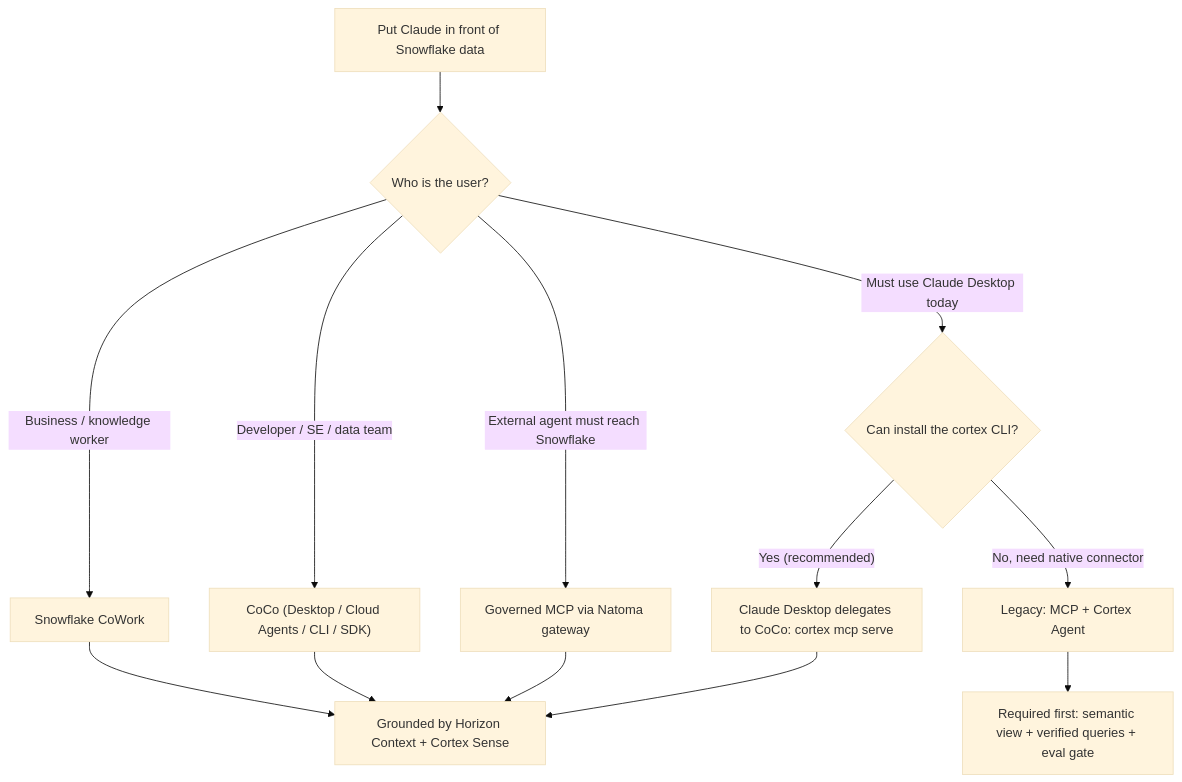
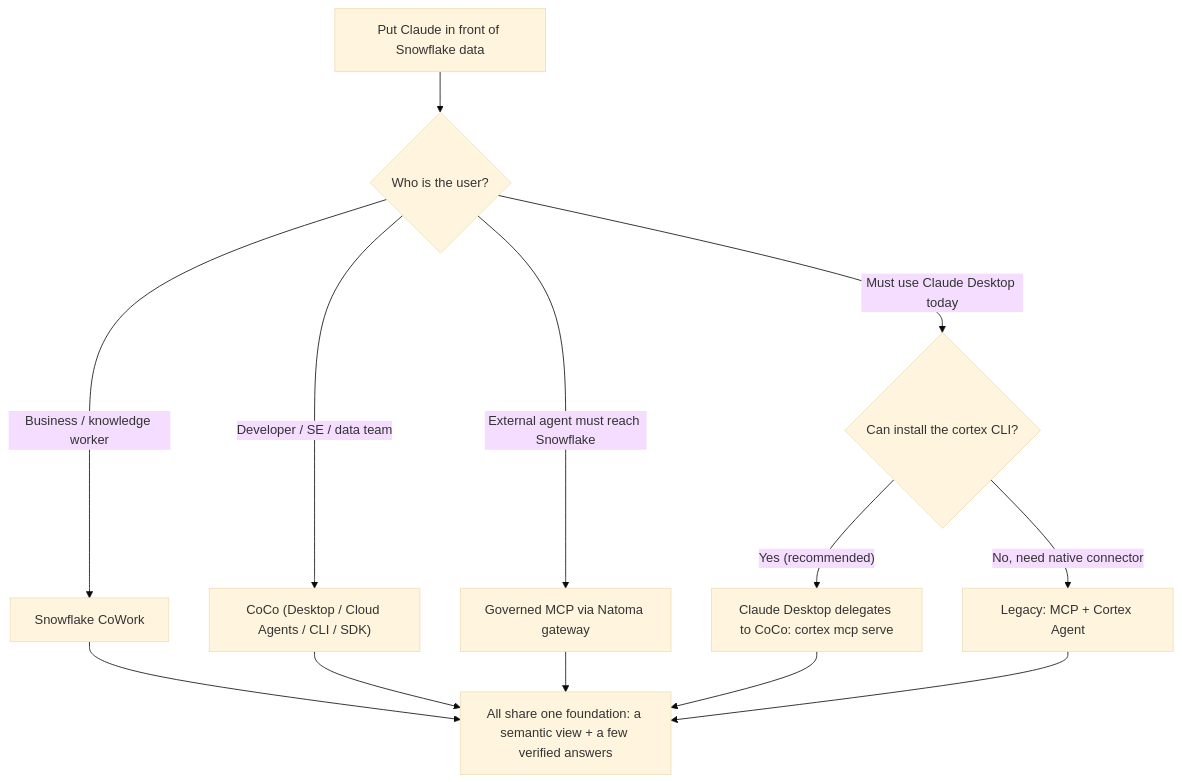
Before and after one commit to sfc-gh-miwhitaker/sfe-public: the diagram in guide-connecting-claude-snowflake/README.md, drawn with Mermaid (base theme). The commit also changed other lines of this file and 3 other files, not shown here.

````diff
--- a/guide-connecting-claude-snowflake/README.md
+++ b/guide-connecting-claude-snowflake/README.md
@@ -77,18 +25,18 @@
 ```mermaid
 flowchart TD
     Start["Put Claude in front of Snowflake data"] --> Q1{"Who is the user?"}
 
     Q1 -->|"Business / knowledge worker"| CoWork["Snowflake CoWork"]
     Q1 -->|"Developer / SE / data team"| CoCo["CoCo (Desktop / Cloud Agents / CLI / SDK)"]
     Q1 -->|"External agent must reach Snowflake"| Gov["Governed MCP via Natoma gateway"]
     Q1 -->|"Must use Claude Desktop today"| CD{"Can install the cortex CLI?"}
 
     CD -->|"Yes (recommended)"| Delegate["Claude Desktop delegates to CoCo: cortex mcp serve"]
     CD -->|"No, need native connector"| Legacy["Legacy: MCP + Cortex Agent"]
 
-    CoWork --> CtxNote["Grounded by Horizon Context + Cortex Sense"]
+    CoWork --> CtxNote["All share one foundation: a semantic view + a few verified answers"]
     CoCo --> CtxNote
     Gov --> CtxNote
     Delegate --> CtxNote
-    Legacy --> Fix["Required first: semantic view + verified queries + eval gate"]
+    Legacy --> CtxNote
 ```
````
